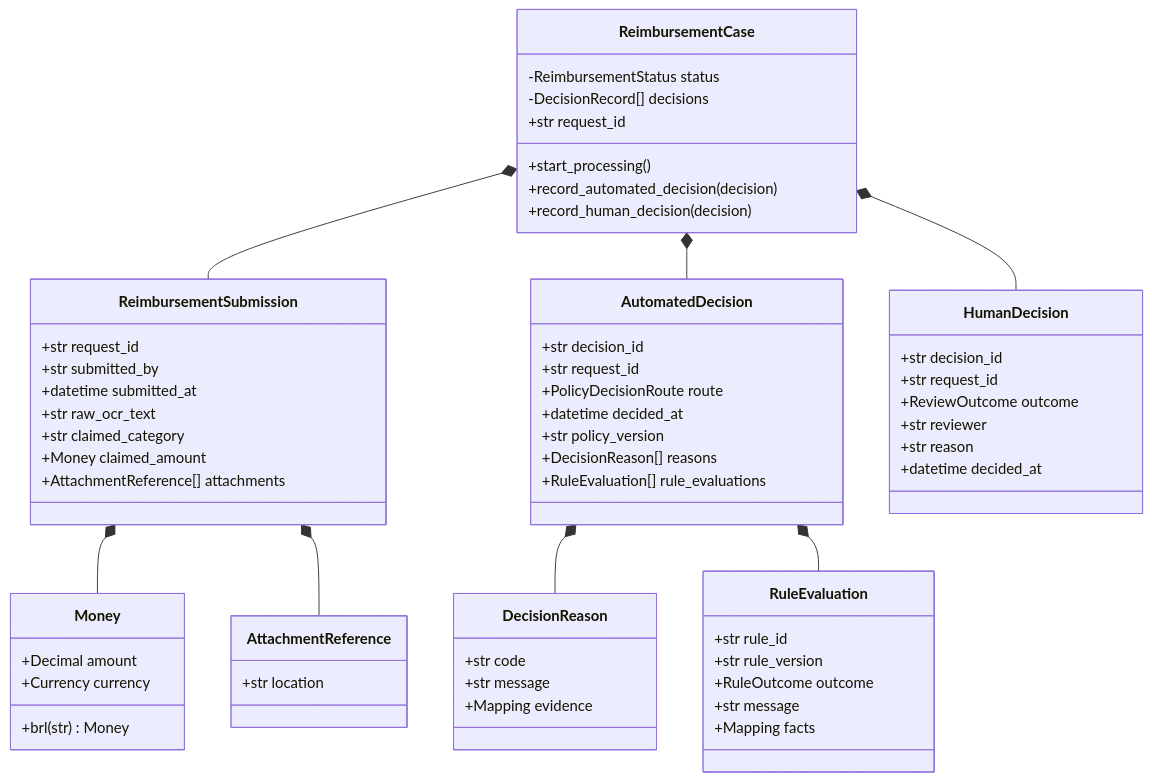
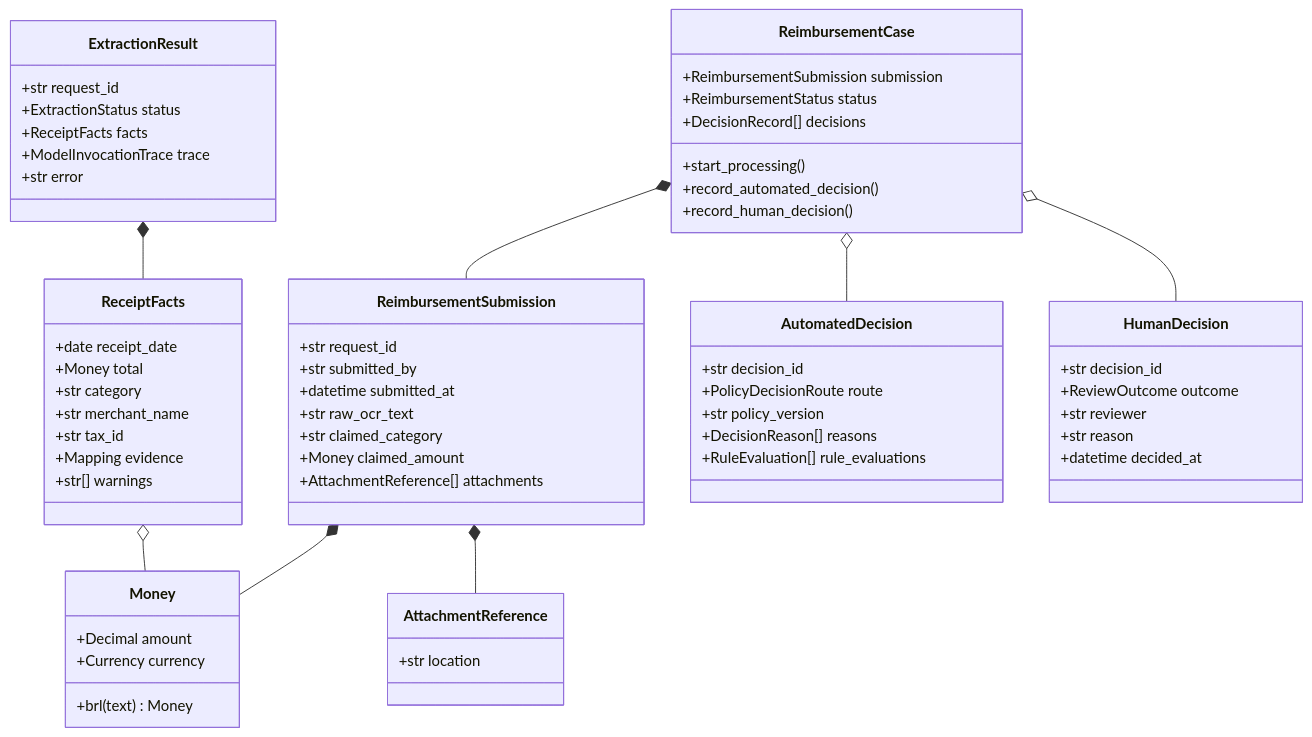
Before and after one commit to Dev-Luigy/automation_luigygabriel: the first of 5 diagrams in docs/domain-model.md, drawn with Mermaid. The commit also changed other lines of this file and 13 other files, not shown here.

Commit message:
docs: finalize assessment architecture and report

````diff
--- a/docs/domain-model.md
+++ b/docs/domain-model.md
@@ -13,65 +10,66 @@
 ```mermaid
 classDiagram
     class Money {
         +Decimal amount
         +Currency currency
-        +brl(str) Money
+        +brl(text) Money
     }
     class AttachmentReference {
         +str location
     }
     class ReimbursementSubmission {
         +str request_id
         +str submitted_by
         +datetime submitted_at
         +str raw_ocr_text
         +str claimed_category
         +Money claimed_amount
         +AttachmentReference[] attachments
     }
     class ReimbursementCase {
-        -ReimbursementStatus status
-        -DecisionRecord[] decisions
+        +ReimbursementSubmission submission
+        +ReimbursementStatus status
+        +DecisionRecord[] decisions
+        +start_processing()
+        +record_automated_decision()
+        +record_human_decision()
+    }
+    class ReceiptFacts {
+        +date receipt_date
+        +Money total
+        +str category
+        +str merchant_name
+        +str tax_id
+        +Mapping evidence
+        +str[] warnings
+    }
+    class ExtractionResult {
         +str request_id
-        +start_processing()
-        +record_automated_decision(decision)
-        +record_human_decision(decision)
+        +ExtractionStatus status
+        +ReceiptFacts facts
+        +ModelInvocationTrace trace
+        +str error
     }
     class AutomatedDecision {
         +str decision_id
-        +str request_id
         +PolicyDecisionRoute route
-        +datetime decided_at
         +str policy_version
         +DecisionReason[] reasons
         +RuleEvaluation[] rule_evaluations
     }
     class HumanDecision {
         +str decision_id
-        +str request_id
         +ReviewOutcome outcome
         +str reviewer
         +str reason
         +datetime decided_at
     }
-    class DecisionReason {
-        +str code
-        +str message
-        +Mapping evidence
-    }
-    class RuleEvaluation {
-        +str rule_id
-        +str rule_version
-        +RuleOutcome outcome
-        +str message
-        +Mapping facts
-    }
 
-    ReimbursementCase *-- ReimbursementSubmission
     ReimbursementSubmission *-- Money
     ReimbursementSubmission *-- AttachmentReference
-    ReimbursementCase *-- AutomatedDecision
-    ReimbursementCase *-- HumanDecision
-    AutomatedDecision *-- DecisionReason
-    AutomatedDecision *-- RuleEvaluation
+    ReimbursementCase *-- ReimbursementSubmission
+    ReimbursementCase o-- AutomatedDecision
+    ReimbursementCase o-- HumanDecision
+    ExtractionResult *-- ReceiptFacts
+    ReceiptFacts o-- Money
 ```
````
